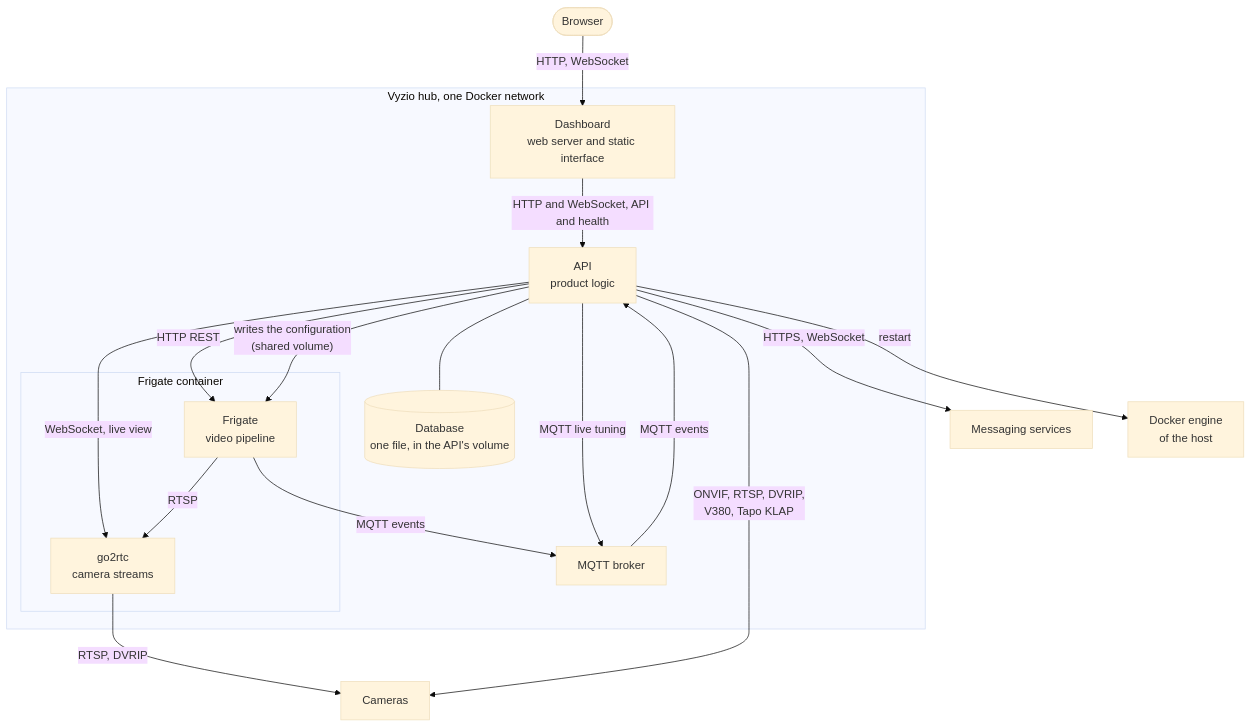
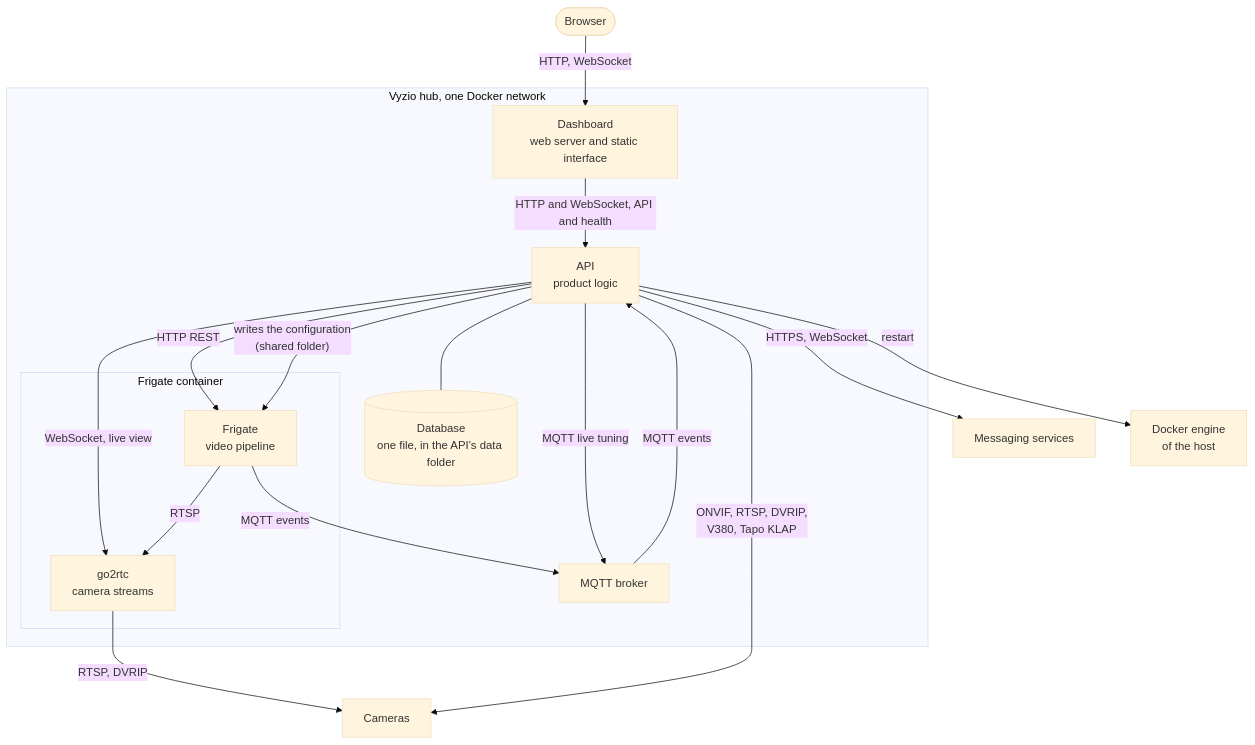
Before and after one commit to KelianS/vyzio: the second of 6 diagrams in docs/SAD.md, drawn with Mermaid (base theme). The commit also changed other lines of this file and 16 other files, not shown here.

Commit message:
build(compose): move the stack settings to .env and the data to a host folder (#364)

````diff
--- a/docs/SAD.md
+++ b/docs/SAD.md
@@ -54,32 +54,32 @@
 ```mermaid
 flowchart TB
     browser(["Browser"])
     subgraph hub["Vyzio hub, one Docker network"]
         dash["Dashboard<br/>web server and static interface"]
         api["API<br/>product logic"]
-        db[("Database<br/>one file, in the API's volume")]
+        db[("Database<br/>one file, in the API's data folder")]
         mqtt["MQTT broker"]
         subgraph frig["Frigate container"]
             frigate["Frigate<br/>video pipeline"]
             go2rtc["go2rtc<br/>camera streams"]
         end
     end
     cams["Cameras"]
     chan["Messaging services"]
     docker["Docker engine<br/>of the host"]
 
     browser -- "HTTP, WebSocket" --> dash
     dash -- "HTTP and WebSocket, API and health" --> api
     api --- db
     api -- "HTTP REST" --> frigate
     api -- "WebSocket, live view" --> go2rtc
     frigate -- "MQTT events" --> mqtt
     mqtt -- "MQTT events" --> api
     api -- "MQTT live tuning" --> mqtt
-    api -- "writes the configuration<br/>(shared volume)" --> frigate
+    api -- "writes the configuration<br/>(shared folder)" --> frigate
     api -- "restart" --> docker
     frigate -- RTSP --> go2rtc
     go2rtc -- "RTSP, DVRIP" --> cams
     api -- "ONVIF, RTSP, DVRIP,<br/>V380, Tapo KLAP" --> cams
     api -- "HTTPS, WebSocket" --> chan
 ```
````
